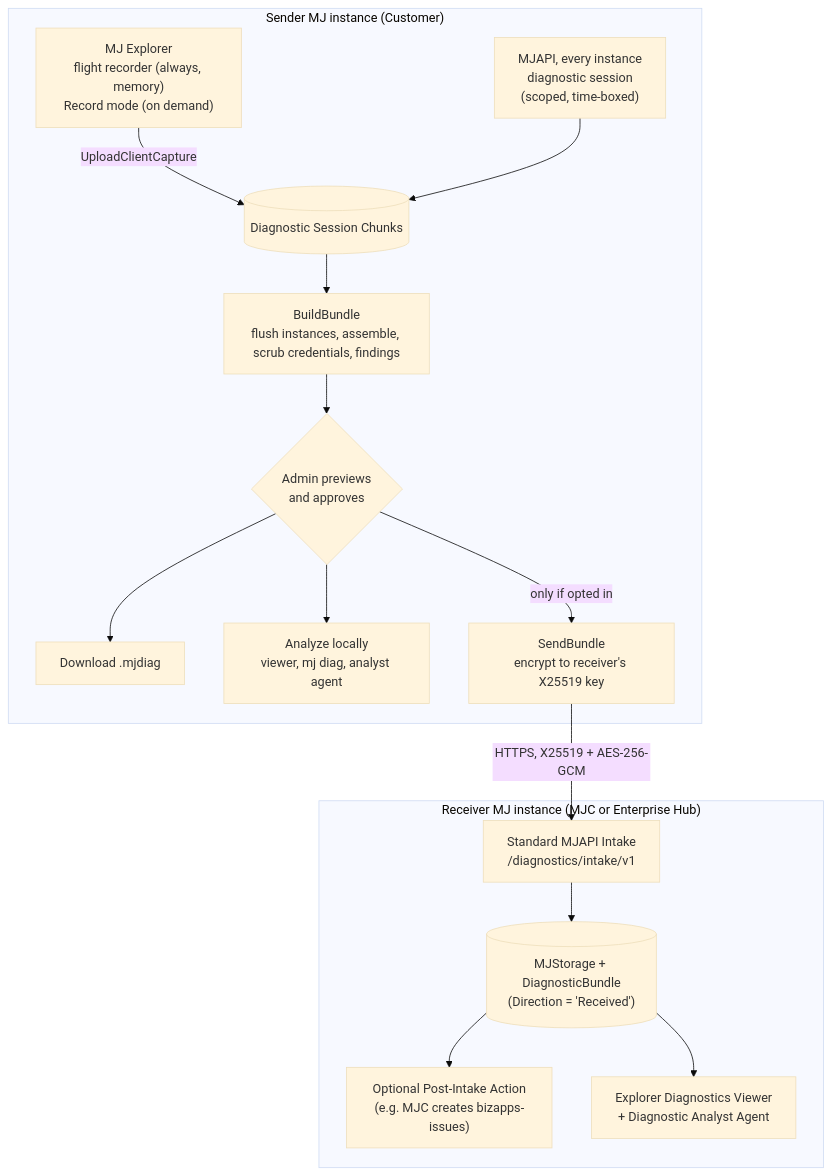
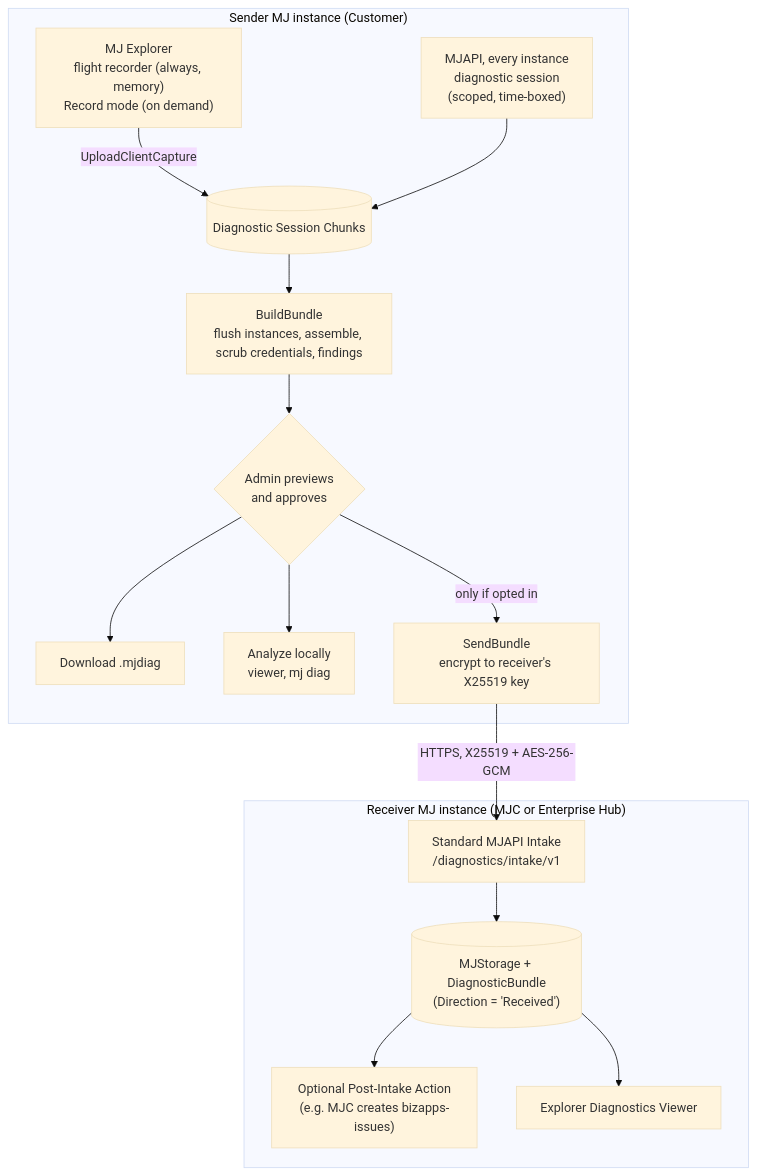
One commit to MemberJunction/MJ changed the first of 3 diagrams in plans/diagnostic-bundles.md. Above: the diagram before and after it, drawn with Mermaid (base theme). The commit also changed other lines of this file and 12 other files, not shown here.

First line of the commit message:
fix(ng-diagnostics): package stopped recordings, remove the stub agent, add IT162

````diff
--- a/plans/diagnostic-bundles.md
+++ b/plans/diagnostic-bundles.md
@@ -125,29 +125,29 @@
 ```mermaid
 flowchart TD
     subgraph Customer["Sender MJ instance (Customer)"]
         FR["MJ Explorer<br/>flight recorder (always, memory)<br/>Record mode (on demand)"]
         SS["MJAPI, every instance<br/>diagnostic session<br/>(scoped, time-boxed)"]
         CH[("Diagnostic Session Chunks")]
         AS["BuildBundle<br/>flush instances, assemble, scrub credentials, findings"]
         PV{"Admin previews<br/>and approves"}
         DL["Download .mjdiag"]
-        LA["Analyze locally<br/>viewer, mj diag, analyst agent"]
+        LA["Analyze locally<br/>viewer, mj diag"]
         SE["SendBundle<br/>encrypt to receiver's X25519 key"]
         FR -- "UploadClientCapture" --> CH
         SS --> CH
         CH --> AS --> PV
         PV --> DL
         PV --> LA
         PV -- "only if opted in" --> SE
     end
     subgraph Receiver["Receiver MJ instance (MJC or Enterprise Hub)"]
         IN["Standard MJAPI Intake<br/>/diagnostics/intake/v1"]
         ST[("MJStorage + DiagnosticBundle<br/>(Direction = 'Received')")]
         HK["Optional Post-Intake Action<br/>(e.g. MJC creates bizapps-issues)"]
-        VW["Explorer Diagnostics Viewer<br/>+ Diagnostic Analyst Agent"]
+        VW["Explorer Diagnostics Viewer"]
         IN --> ST
         ST --> HK
         ST --> VW
     end
     SE -- "HTTPS, X25519 + AES-256-GCM" --> IN
 ```
````
